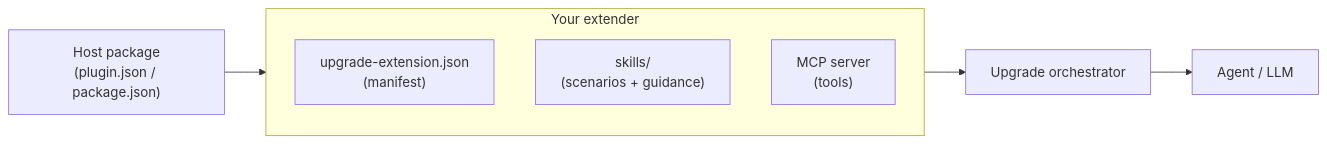
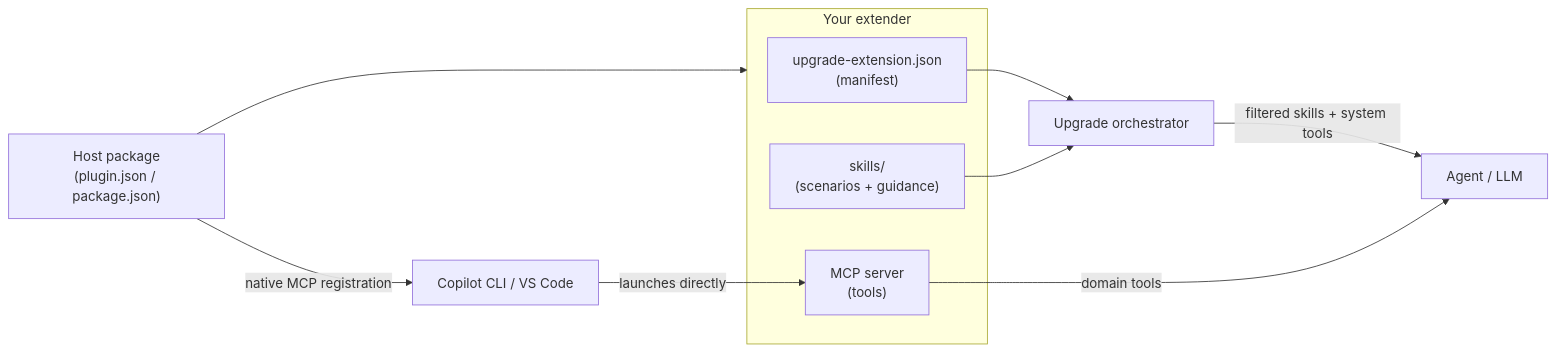
The diagram in README.md (microsoft/upgrade-agent-samples), drawn with Mermaid before and after one commit. The commit also changed other lines of this file and 17 other files, not shown here.

First line of the commit message:
Align extender samples with native MCP registration

````diff
--- a/README.md
+++ b/README.md
@@ -54,11 +54,15 @@
 ```mermaid
 flowchart LR
     subgraph Extender["Your extender"]
         M["upgrade-extension.json<br/>(manifest)"]
         S["skills/<br/>(scenarios + guidance)"]
         T["MCP server<br/>(tools)"]
     end
     P["Host package<br/>(plugin.json / package.json)"] --> Extender
-    Extender --> ORCH["Upgrade orchestrator"]
-    ORCH --> LLM["Agent / LLM"]
+    M --> ORCH["Upgrade orchestrator"]
+    S --> ORCH
+    ORCH -- "filtered skills + system tools" --> LLM["Agent / LLM"]
+    P -- "native MCP registration" --> HOST["Copilot CLI / VS Code"]
+    HOST -- "launches directly" --> T
+    T -- "domain tools" --> LLM
 ```
````
